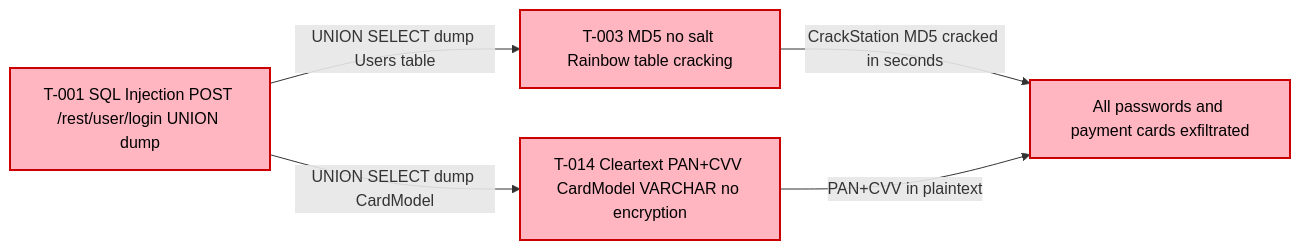
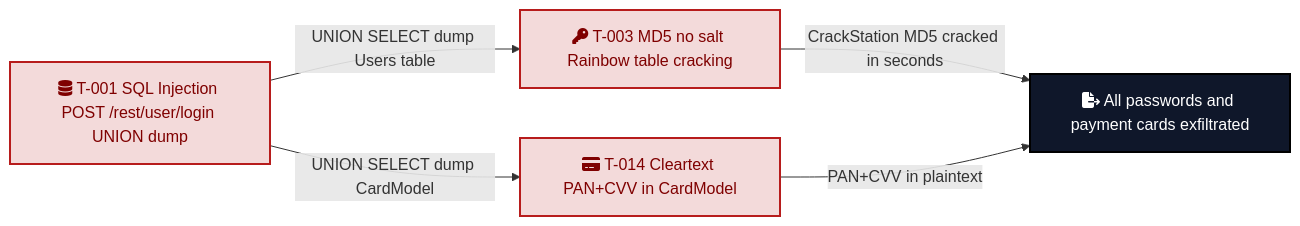
The eighth of 18 diagrams in examples/threat-modeler/threat-mode-juice-shop-standard.md (appsec-foundry/appsec-advisor), drawn with Mermaid before and after one commit. The commit also changed other lines of this file and 9 other files, not shown here.

Commit message:
mermaid diagrams improved

````diff
--- a/examples/threat-modeler/threat-mode-juice-shop-standard.md
+++ b/examples/threat-modeler/threat-mode-juice-shop-standard.md
@@ -725,14 +551,15 @@
 ```mermaid
 graph LR
-    classDef risk fill:#FFB6C1,stroke:#c00,color:#000,stroke-width:2px
+    classDef risk   fill:#f3dada,stroke:#b71c1c,color:#7f0000,stroke-width:2px
+    classDef impact fill:#0f172a,stroke:#000,color:#fff,stroke-width:2px
 
-    T001[T-001 SQL Injection POST /rest/user/login UNION dump]:::risk
-    T003[T-003 MD5 no salt Rainbow table cracking]:::risk
-    T014[T-014 Cleartext PAN+CVV CardModel VARCHAR no encryption]:::risk
-    CREDS[All passwords and payment cards exfiltrated]:::risk
+    T001["fa:fa-database T-001 SQL Injection POST /rest/user/login UNION dump"]:::risk
+    T003["fa:fa-key T-003 MD5 no salt Rainbow table cracking"]:::risk
+    T014["fa:fa-credit-card T-014 Cleartext PAN+CVV in CardModel"]:::risk
+    CREDS["fa:fa-file-export All passwords and payment cards exfiltrated"]:::impact
 
     T001 -->|"UNION SELECT dump Users table"| T003
     T001 -->|"UNION SELECT dump CardModel"| T014
     T003 -->|"CrackStation MD5 cracked in seconds"| CREDS
     T014 -->|"PAN+CVV in plaintext"| CREDS
 ```
````
